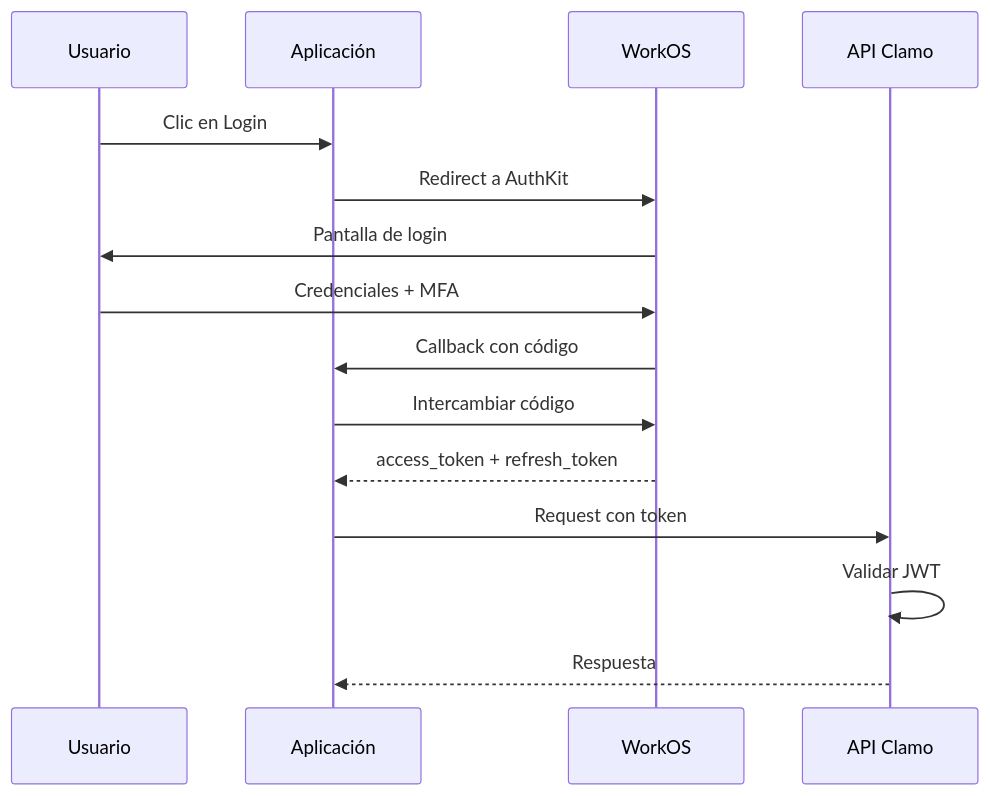
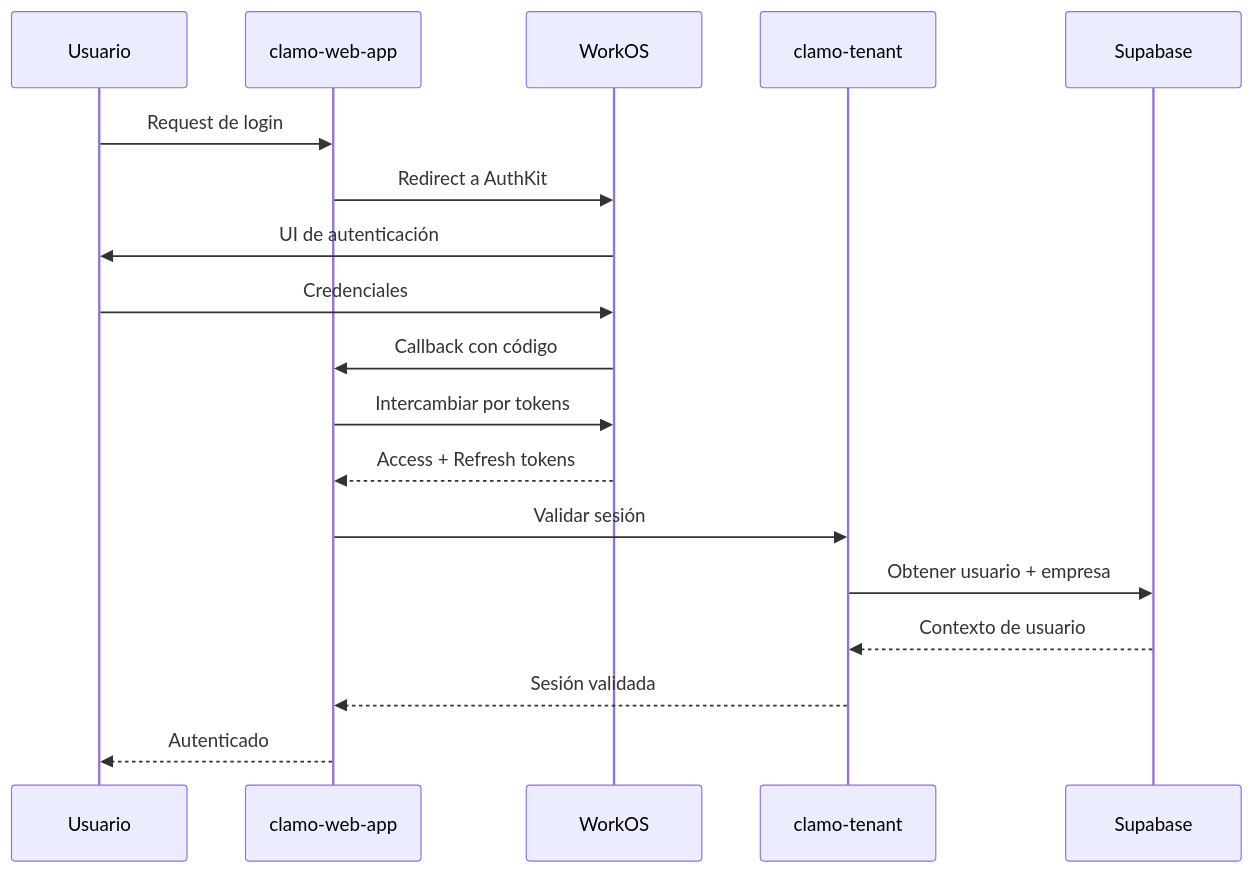
One commit to GetClamo/docs changed the second of 4 diagrams in es/arquitectura/seguridad.mdx. Above: the diagram before and after it, drawn with Mermaid. The commit also changed other lines of this file and 33 other files, not shown here.

````diff
--- a/es/arquitectura/seguridad.mdx
+++ b/es/arquitectura/seguridad.mdx
@@ -71,18 +66,21 @@
 ```mermaid
 sequenceDiagram
-    participant U as Usuario
-    participant App as Aplicación
-    participant WOS as WorkOS
-    participant API as API Clamo
-
-    U->>App: Clic en Login
-    App->>WOS: Redirect a AuthKit
-    WOS->>U: Pantalla de login
-    U->>WOS: Credenciales + MFA
-    WOS->>App: Callback con código
-    App->>WOS: Intercambiar código
-    WOS-->>App: access_token + refresh_token
-    App->>API: Request con token
-    API->>API: Validar JWT
-    API-->>App: Respuesta
+    participant User as Usuario
+    participant WebApp as clamo-web-app
+    participant WorkOS
+    participant Tenant as clamo-tenant
+    participant DB as Supabase
+    
+    User->>WebApp: Request de login
+    WebApp->>WorkOS: Redirect a AuthKit
+    WorkOS->>User: UI de autenticación
+    User->>WorkOS: Credenciales
+    WorkOS->>WebApp: Callback con código
+    WebApp->>WorkOS: Intercambiar por tokens
+    WorkOS-->>WebApp: Access + Refresh tokens
+    WebApp->>Tenant: Validar sesión
+    Tenant->>DB: Obtener usuario + empresa
+    DB-->>Tenant: Contexto de usuario
+    Tenant-->>WebApp: Sesión validada
+    WebApp-->>User: Autenticado
 ```
````
